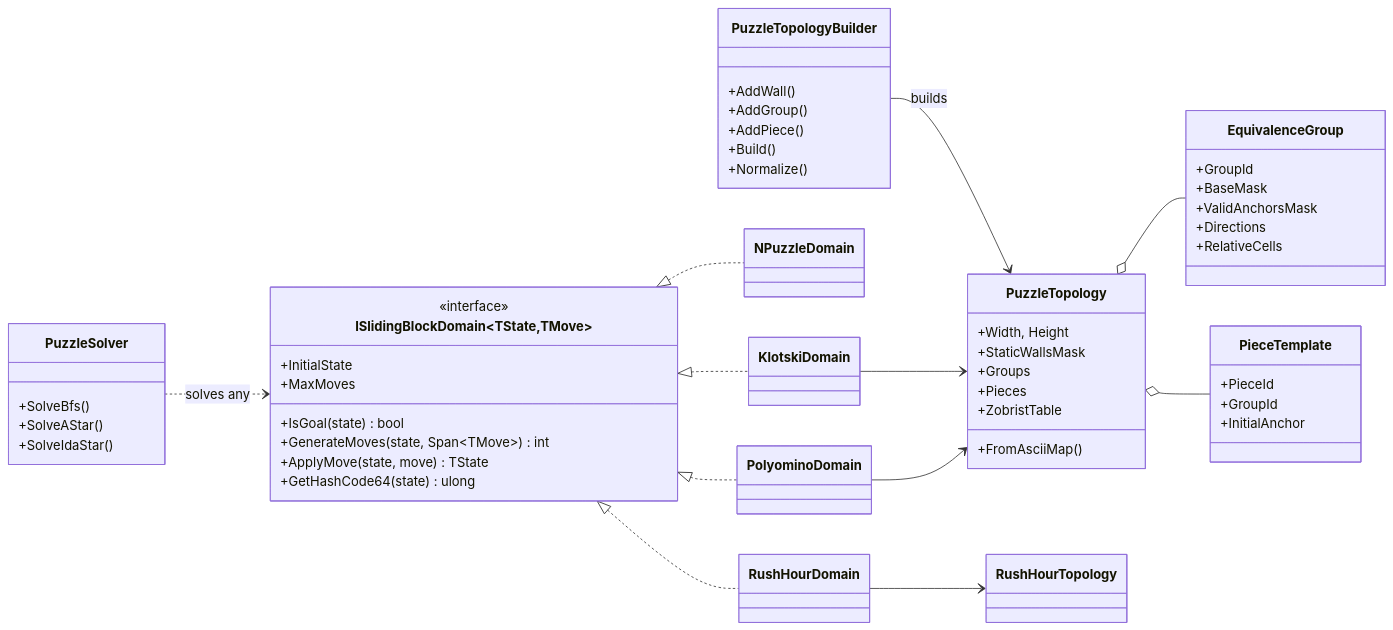
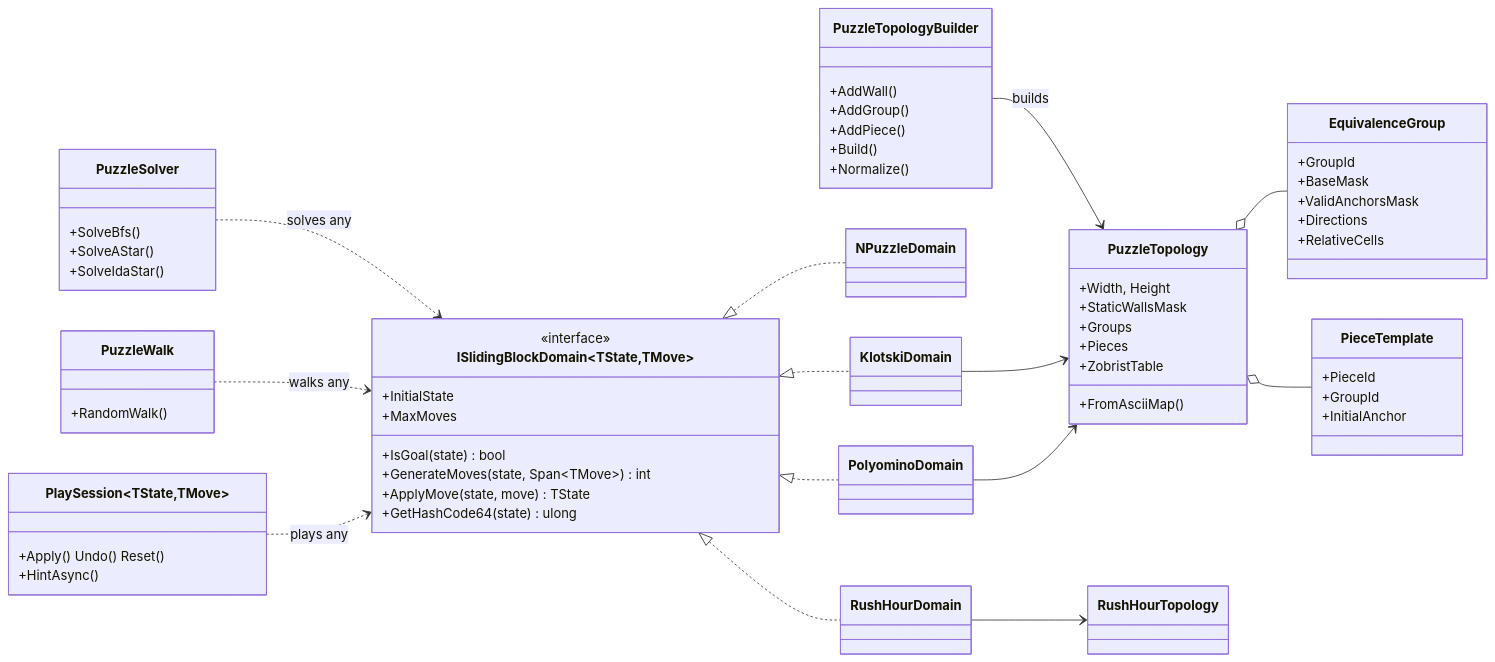
One commit to th3snark/E2e4.SlidingBlock.Logic changed the first of 3 diagrams in docs/05-object-model.md. Above: the diagram before and after it, drawn with Mermaid. The commit also changed other lines of this file and 17 other files, not shown here.

````diff
--- a/docs/05-object-model.md
+++ b/docs/05-object-model.md
@@ -8,56 +8,65 @@
 ```mermaid
 classDiagram
     direction LR
     class ISlidingBlockDomain~TState,TMove~ {
         <<interface>>
         +InitialState
         +MaxMoves
         +IsGoal(state) bool
         +GenerateMoves(state, Span~TMove~) int
         +ApplyMove(state, move) TState
         +GetHashCode64(state) ulong
     }
     class PuzzleSolver {
         +SolveBfs()
         +SolveAStar()
         +SolveIdaStar()
+    }
+    class PuzzleWalk {
+        +RandomWalk()
+    }
+    class PlaySession~TState,TMove~ {
+        +Apply() Undo() Reset()
+        +HintAsync()
     }
     class PuzzleTopology {
         +Width, Height
         +StaticWallsMask
         +Groups
         +Pieces
         +ZobristTable
         +FromAsciiMap()
     }
     class PuzzleTopologyBuilder {
         +AddWall()
         +AddGroup()
         +AddPiece()
         +Build()
         +Normalize()
     }
     class EquivalenceGroup {
         +GroupId
         +BaseMask
         +ValidAnchorsMask
         +Directions
         +RelativeCells
     }
     class PieceTemplate {
         +PieceId
         +GroupId
         +InitialAnchor
     }
     PuzzleTopologyBuilder --> PuzzleTopology : builds
     PuzzleTopology o-- EquivalenceGroup
     PuzzleTopology o-- PieceTemplate
     PuzzleSolver ..> ISlidingBlockDomain : solves any
+    PuzzleWalk ..> ISlidingBlockDomain : walks any
+    PlaySession ..> ISlidingBlockDomain : plays any
     ISlidingBlockDomain <|.. NPuzzleDomain
     ISlidingBlockDomain <|.. KlotskiDomain
     ISlidingBlockDomain <|.. RushHourDomain
     ISlidingBlockDomain <|.. PolyominoDomain
     KlotskiDomain --> PuzzleTopology
     PolyominoDomain --> PuzzleTopology
     RushHourDomain --> RushHourTopology
 ```
````
